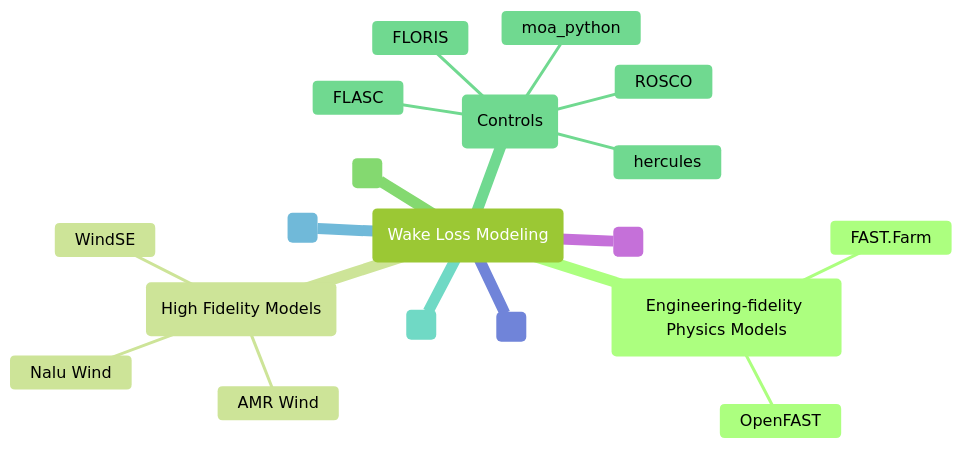
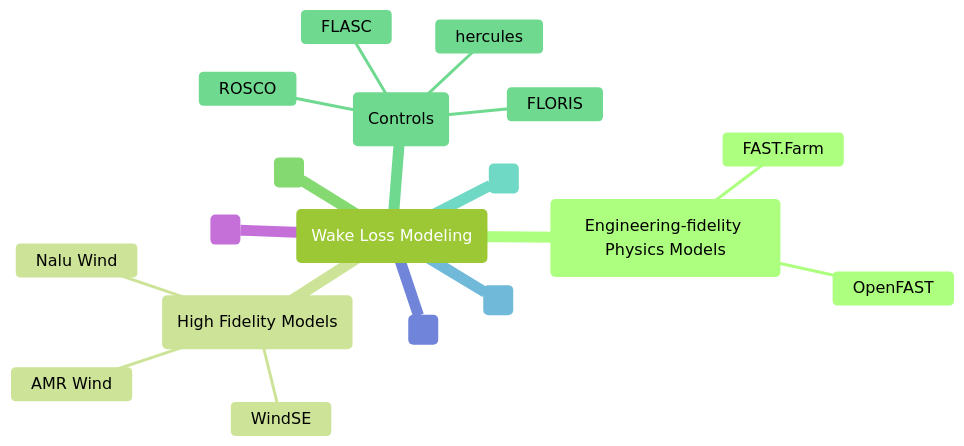
The diagram in _sources/capabilities/wake_loss_wfc.md (rafmudaf/WETOStack), drawn with Mermaid before and after one commit. The commit also changed 7 other files, not shown here.

````diff
--- a/_sources/capabilities/wake_loss_wfc.md
+++ b/_sources/capabilities/wake_loss_wfc.md
@@ -25,31 +25,30 @@
 ```{mermaid}
 %%{init: { 'logLevel': 'debug', 'theme': 'forest' } }%%
 
 mindmap
     root("Wake Loss Modeling")
         ps(Engineering-fidelity Physics Models)
             OpenFAST
             FAST.Farm
 
         hfm(High Fidelity Models)
             AMR Wind
             Nalu Wind
             WindSE
 
         do(" ")
 
         ctrl(Controls)
             ROSCO
             FLORIS
             FLASC
             hercules
-            moa_python
 
         ra(" ")
 
         cost(" ")
 
         wild(" ")
 
         om(" ")
 ```
````
